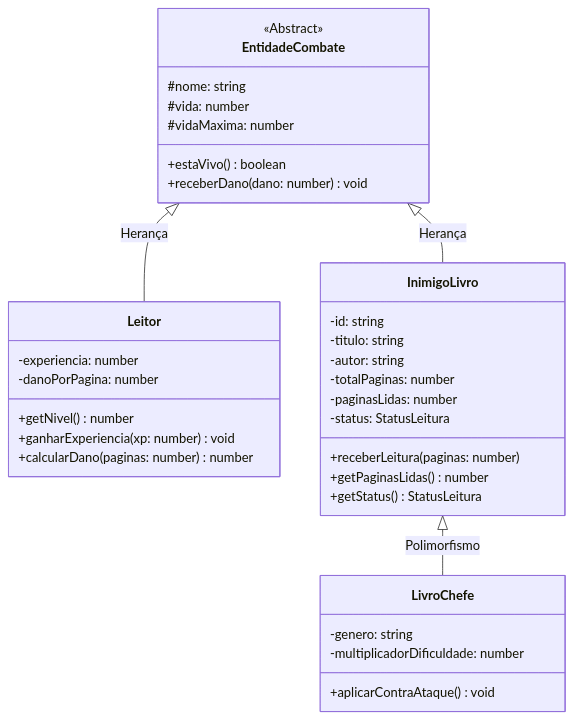
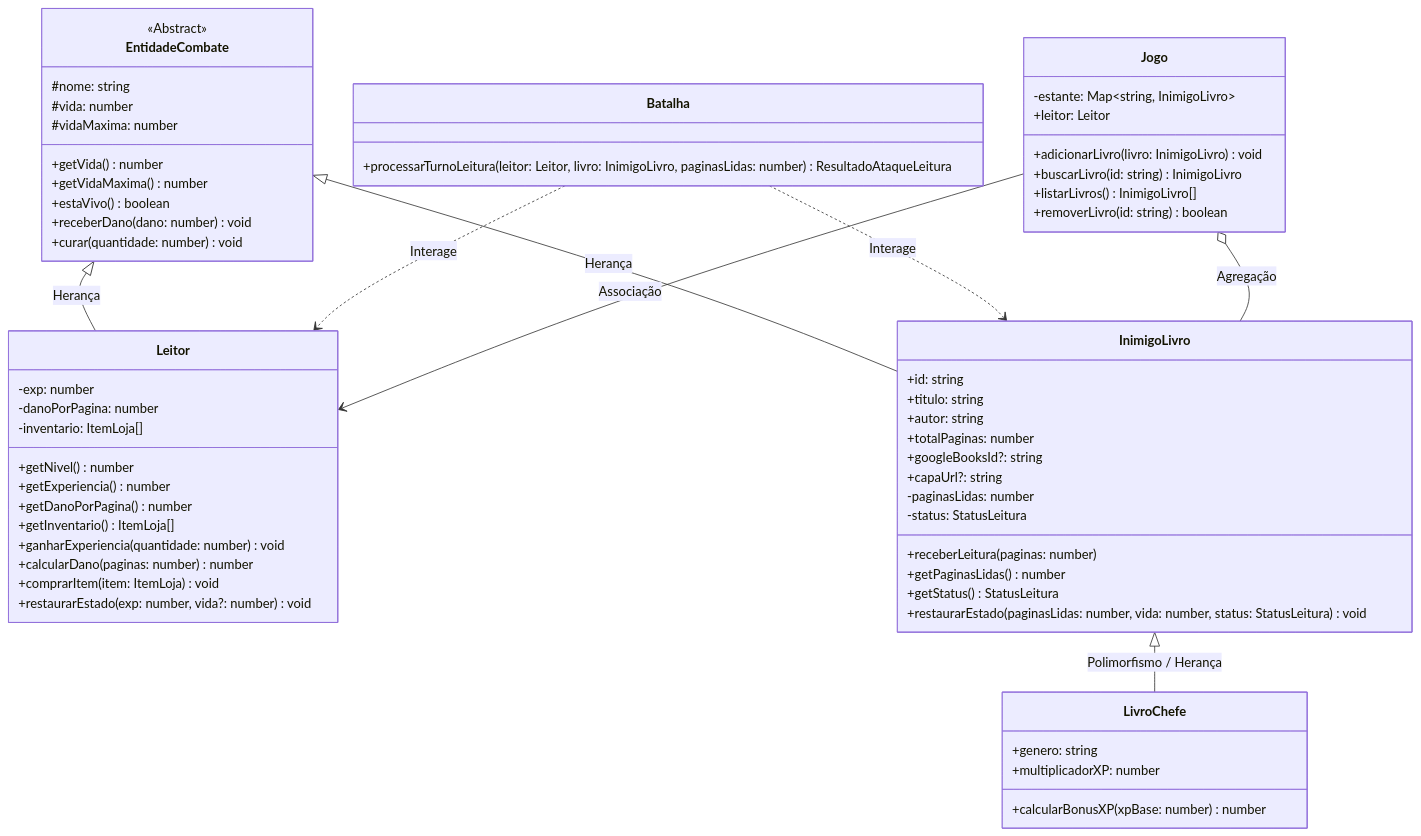
One commit to pedrodiasrossi/projeto-poo changed the diagram in README.md. Above: the diagram before and after it, drawn with Mermaid. The commit also changed other lines of this file and 11 other files, not shown here.

````diff
--- a/README.md
+++ b/README.md
@@ -33,41 +36,70 @@
 ```mermaid
 classDiagram
     class EntidadeCombate {
         <<Abstract>>
         #nome: string
         #vida: number
         #vidaMaxima: number
+        +getVida() number
+        +getVidaMaxima() number
         +estaVivo() boolean
         +receberDano(dano: number) void
+        +curar(quantidade: number) void
     }
 
     class Leitor {
-        -experiencia: number
+        -exp: number
         -danoPorPagina: number
+        -inventario: ItemLoja[]
         +getNivel() number
-        +ganharExperiencia(xp: number) void
+        +getExperiencia() number
+        +getDanoPorPagina() number
+        +getInventario() ItemLoja[]
+        +ganharExperiencia(quantidade: number) void
         +calcularDano(paginas: number) number
+        +comprarItem(item: ItemLoja) void
+        +restaurarEstado(exp: number, vida?: number) void
     }
 
     class InimigoLivro {
-        -id: string
-        -titulo: string
-        -autor: string
-        -totalPaginas: number
+        +id: string
+        +titulo: string
+        +autor: string
+        +totalPaginas: number
+        +googleBooksId?: string
+        +capaUrl?: string
         -paginasLidas: number
         -status: StatusLeitura
         +receberLeitura(paginas: number)
         +getPaginasLidas() number
         +getStatus() StatusLeitura
+        +restaurarEstado(paginasLidas: number, vida: number, status: StatusLeitura) void
     }
 
     class LivroChefe {
-        -genero: string
-        -multiplicadorDificuldade: number
-        +aplicarContraAtaque() void
+        +genero: string
+        +multiplicadorXP: number
+        +calcularBonusXP(xpBase: number) number
+    }
+
+    class Batalha {
+        +processarTurnoLeitura(leitor: Leitor, livro: InimigoLivro, paginasLidas: number) ResultadoAtaqueLeitura
+    }
+
+    class Jogo {
+        -estante: Map~string, InimigoLivro~
+        +leitor: Leitor
+        +adicionarLivro(livro: InimigoLivro) void
+        +buscarLivro(id: string) InimigoLivro
+        +listarLivros() InimigoLivro[]
+        +removerLivro(id: string) boolean
     }
 
     EntidadeCombate <|-- Leitor : Herança
     EntidadeCombate <|-- InimigoLivro : Herança
-    InimigoLivro <|-- LivroChefe : Polimorfismo
+    InimigoLivro <|-- LivroChefe : Polimorfismo / Herança
+    Batalha ..> Leitor : Interage
+    Batalha ..> InimigoLivro : Interage
+    Jogo o-- InimigoLivro : Agregação
+    Jogo --> Leitor : Associação
 ```
````
